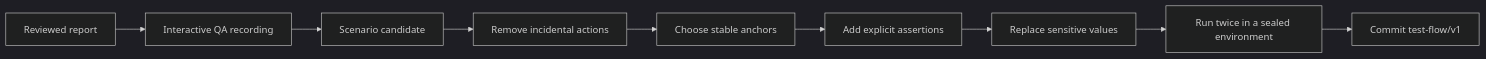
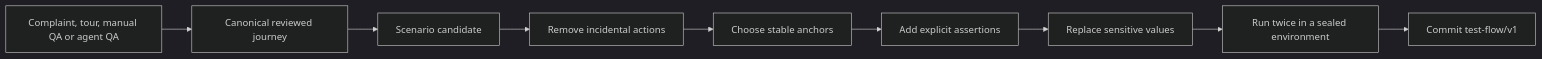
Before and after one commit to bsacrobatix/studio-sassfully: the first of 2 diagrams in docs/guide/06-repeatable-tests.md, drawn with Mermaid (dark theme). The commit also changed other lines of this file and 5 other files, not shown here.

````diff
--- a/docs/guide/06-repeatable-tests.md
+++ b/docs/guide/06-repeatable-tests.md
@@ -10,11 +12,11 @@
 ```mermaid
 flowchart LR
-    A[Reviewed report] --> B[Interactive QA recording]
+    A[Complaint, tour, manual QA or agent QA] --> B[Canonical reviewed journey]
     B --> C[Scenario candidate]
     C --> D[Remove incidental actions]
     D --> E[Choose stable anchors]
     E --> F[Add explicit assertions]
     F --> G[Replace sensitive values]
     G --> H[Run twice in a sealed environment]
     H --> I[Commit test-flow/v1]
 ```
````
